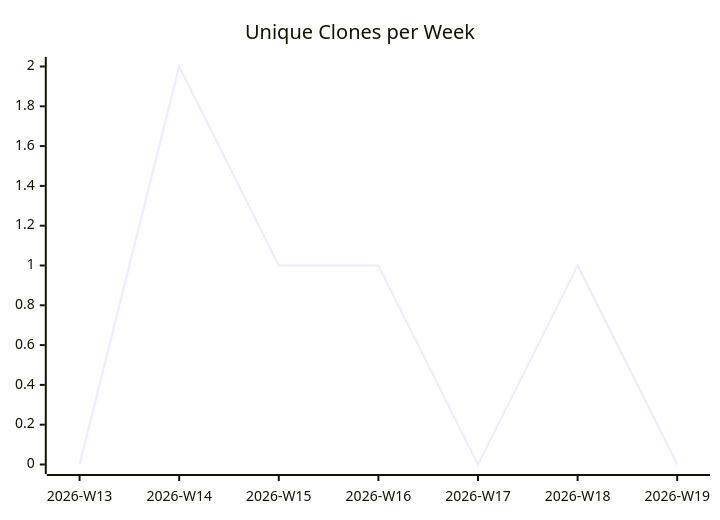
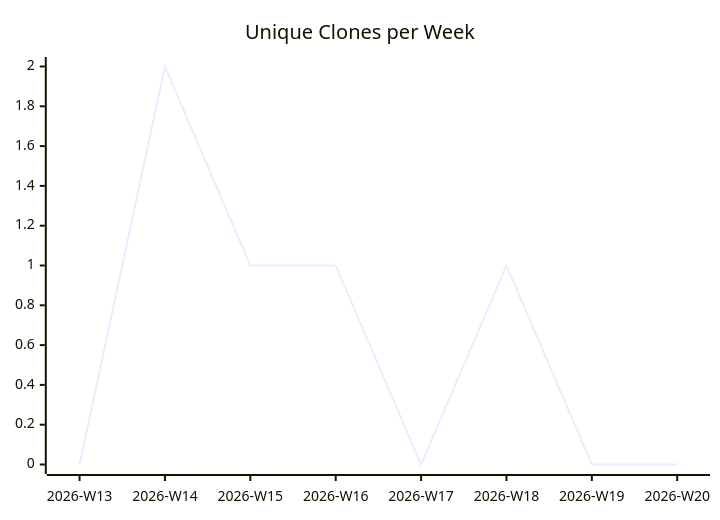
Before and after one commit to justdavis-family/github-analytics-data: the third of 3 diagrams in karlmdavis/todoist-ai/README.md, drawn with Mermaid. The commit also changed other lines of this file and 176 other files, not shown here.

````diff
--- a/karlmdavis/todoist-ai/README.md
+++ b/karlmdavis/todoist-ai/README.md
@@ -19,6 +19,6 @@
 ```mermaid
 xychart-beta
   title "Unique Clones per Week"
-  x-axis ["2026-W13", "2026-W14", "2026-W15", "2026-W16", "2026-W17", "2026-W18", "2026-W19"]
-  line [0, 2, 1, 1, 0, 1, 0]
+  x-axis ["2026-W13", "2026-W14", "2026-W15", "2026-W16", "2026-W17", "2026-W18", "2026-W19", "2026-W20"]
+  line [0, 2, 1, 1, 0, 1, 0, 0]
 ```
````
